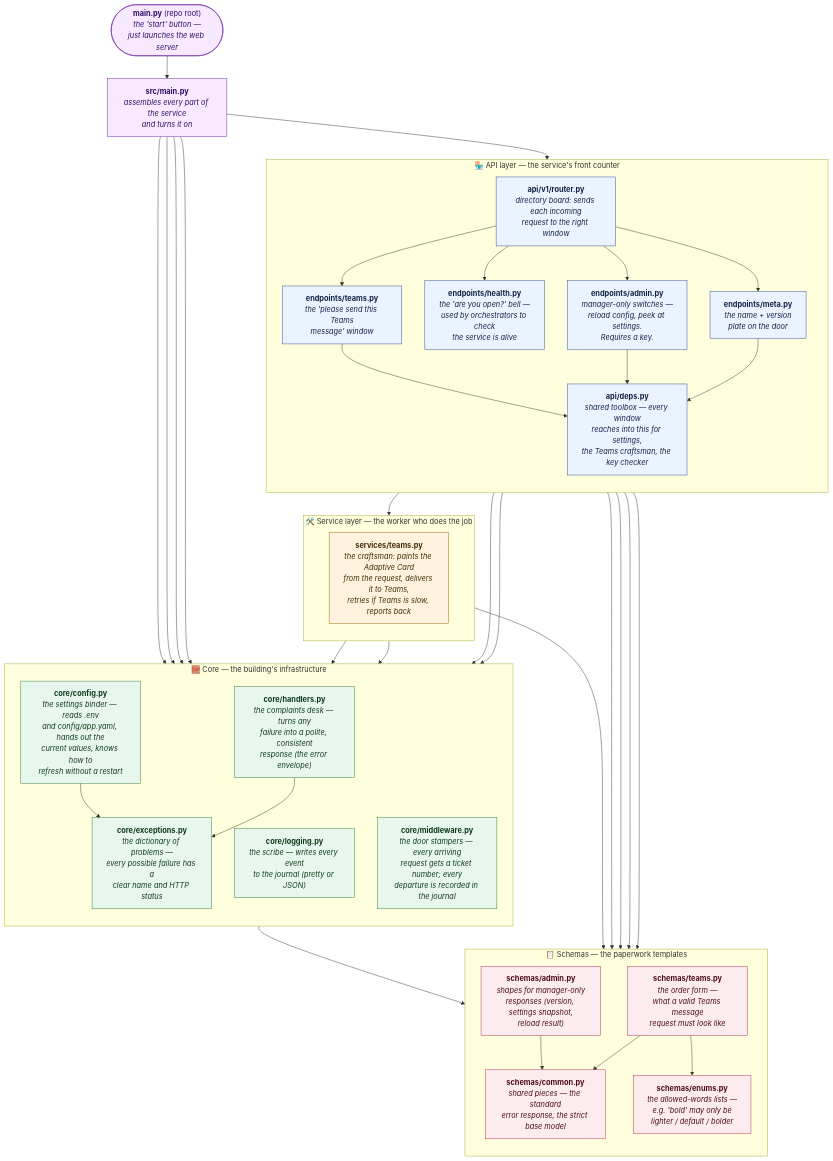
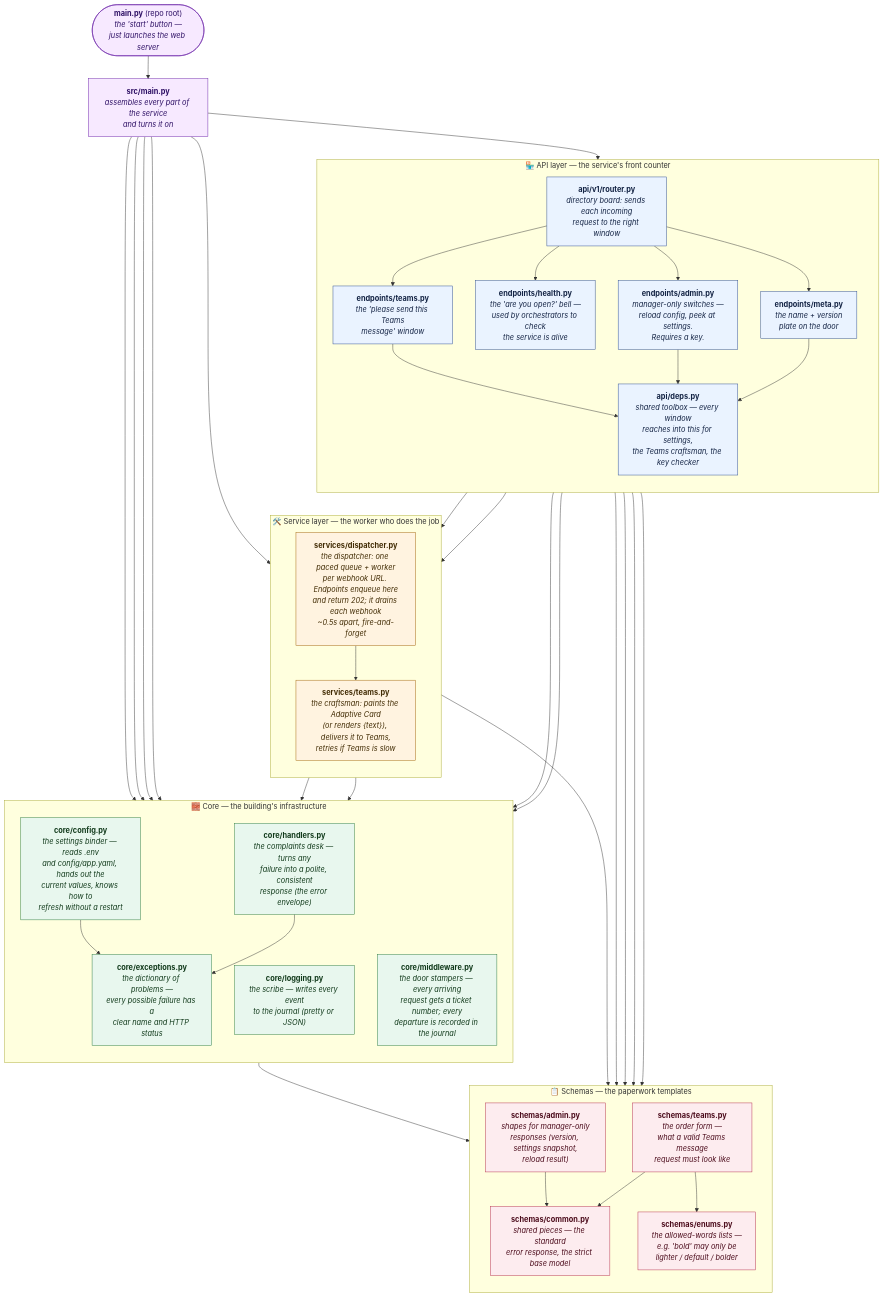
The second of 2 diagrams in README.md (AnsImran/instant_messages_microservice), drawn with Mermaid before and after one commit. The commit also changed other lines of this file and 13 other files, not shown here.

First line of the commit message:
Add per-webhook outbound queue + plain-text /text endpoint

````diff
--- a/README.md
+++ b/README.md
@@ -78,7 +91,9 @@
 
     subgraph SVC ["🛠️ Service layer — the worker who does the job"]
       direction TB
-      svc["<b>services/teams.py</b><br/><i>the craftsman: paints the Adaptive Card<br/>from the request, delivers it to Teams,<br/>retries if Teams is slow, reports back</i>"]
+      svc["<b>services/teams.py</b><br/><i>the craftsman: paints the Adaptive Card<br/>(or renders {text}), delivers it to Teams,<br/>retries if Teams is slow</i>"]
+      disp["<b>services/dispatcher.py</b><br/><i>the dispatcher: one paced queue + worker<br/>per webhook URL. Endpoints enqueue here<br/>and return 202; it drains each webhook<br/>~0.5s apart, fire-and-forget</i>"]
+      disp --> svc
     end
 
     subgraph CORE ["🧱 Core — the building's infrastructure"]
@@ -106,6 +121,9 @@
     appmain --> mw
     appmain --> log
     appmain --> cfg
+    appmain --> disp
+
+    ep_teams  --> disp
 
     deps      --> cfg
     deps      --> excs
@@ -131,7 +149,7 @@
     classDef sch     fill:#fdecef,stroke:#b42d4b,color:#4c0c1c
     class root,appmain entry
     class router,ep_teams,ep_health,ep_admin,ep_meta,deps api
-    class svc svc
+    class svc,disp svc
     class cfg,log,mw,handlers,excs core
     class sch_teams,sch_admin,sch_common,sch_enums sch
 ```
````
